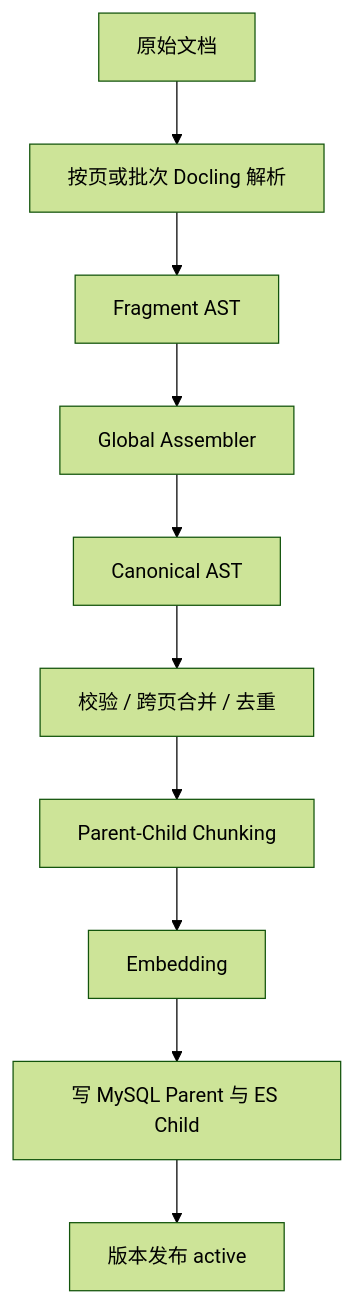
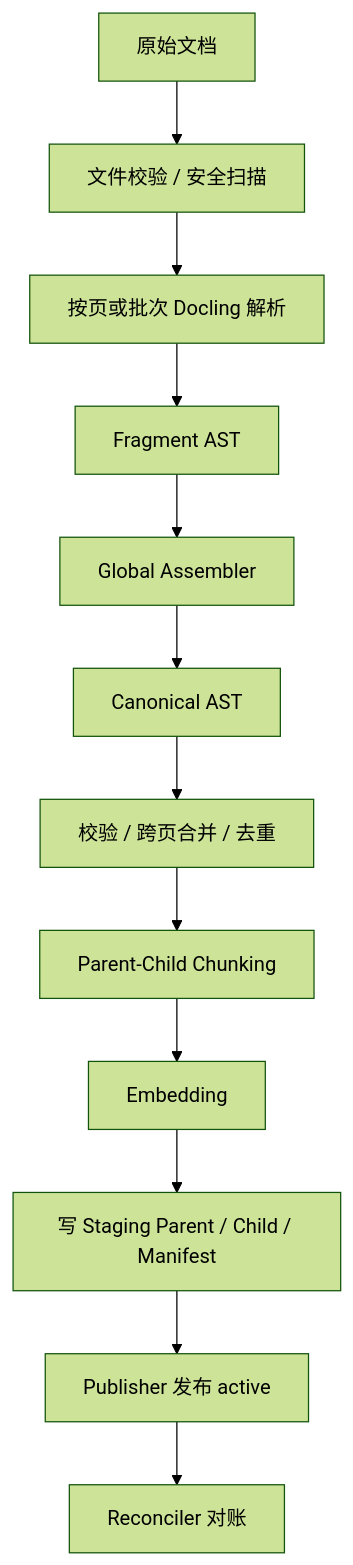
One commit to StevenLZM/AgenticRAG changed the fifth of 6 diagrams in docs/superpowers/specs/2026-08-04-production-agentic-rag-design.md. Above: the diagram before and after it, drawn with Mermaid (forest theme). The commit also changed other lines of this file, not shown here.

Commit message:
docs: harden agentic rag production architecture

````diff
--- a/docs/superpowers/specs/2026-08-04-production-agentic-rag-design.md
+++ b/docs/superpowers/specs/2026-08-04-production-agentic-rag-design.md
@@ -423,12 +505,14 @@
 ```mermaid
 flowchart TD
-    RAW["原始文档"] --> PARSE["按页或批次 Docling 解析"]
+    RAW["原始文档"] --> SAFE["文件校验 / 安全扫描"]
+    SAFE --> PARSE["按页或批次 Docling 解析"]
     PARSE --> FRAG["Fragment AST"]
     FRAG --> ASM["Global Assembler"]
     ASM --> CAN["Canonical AST"]
     CAN --> VAL["校验 / 跨页合并 / 去重"]
     VAL --> CHUNK["Parent-Child Chunking"]
     CHUNK --> EMB["Embedding"]
-    EMB --> IDX["写 MySQL Parent 与 ES Child"]
-    IDX --> PUB["版本发布 active"]
+    EMB --> IDX["写 Staging Parent / Child / Manifest"]
+    IDX --> PUB["Publisher 发布 active"]
+    PUB --> REC["Reconciler 对账"]
 ```
````
